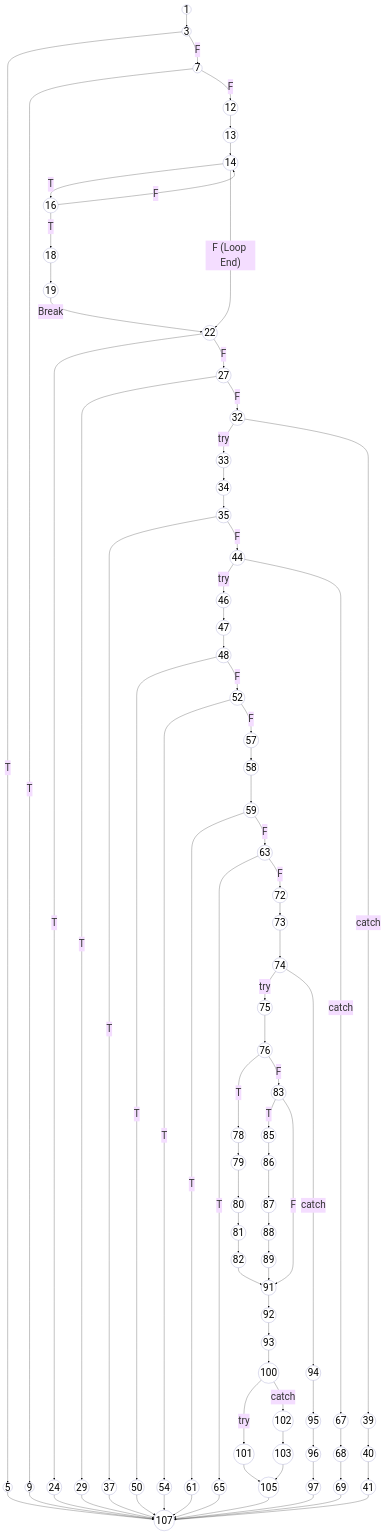
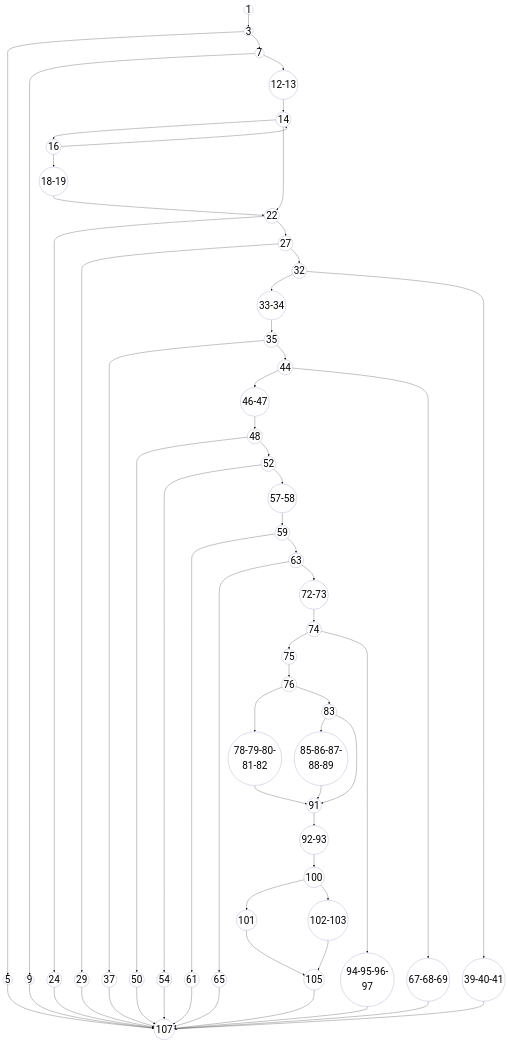
One commit to aryanhrc3428/Semester-5 changed the diagram in SE/ideathon/pseudocode/flowcharts/UC-14.mmd. Above: the diagram before and after it, drawn with Mermaid. The commit also changed 46 other files, not shown here.

```diff
--- a/SE/ideathon/pseudocode/flowcharts/UC-14.mmd
+++ b/SE/ideathon/pseudocode/flowcharts/UC-14.mmd
@@ -1,131 +1,102 @@
 ---
 config:
   theme: base
   themeVariables:
     fontSize: '40px'
 ---
 graph TD
     %% Base styling matching the reference CFG style
     classDef default fill:none,stroke:#a3a3d1,stroke-width:1.5px,color:#000;
     
     1((1)) --> 3((3))
     
-    3 -- T --> 5((5))
-    3 -- F --> 7((7))
+    3 --> 5((5))
+    3 --> 7((7))
     
-    7 -- T --> 9((9))
-    7 -- F --> 12((12))
+    7 --> 9((9))
+    7 --> 12-13((12-13))
     
-    12 --> 13((13))
-    13 --> 14((14))
+    12-13 --> 14((14))
     
-    14 -- T --> 16((16))
-    14 -- F (Loop End) --> 22((22))
+    14 --> 16((16))
+    14 --> 22((22))
     
-    16 -- T --> 18((18))
-    16 -- F --> 14
+    16 --> 18-19((18-19))
+    16 --> 14
     
-    18 --> 19((19))
+    18-19 --> 22
     
-    19 -- Break --> 22
+    22 --> 24((24))
+    22 --> 27((27))
     
-    22 -- T --> 24((24))
-    22 -- F --> 27((27))
+    27 --> 29((29))
+    27 --> 32((32))
     
-    27 -- T --> 29((29))
-    27 -- F --> 32((32))
+    32 --> 33-34((33-34))
+    32 --> 39-40-41((39-40-41))
     
-    32 -- try --> 33((33))
-    32 -- catch --> 39((39))
+    33-34 --> 35((35))
     
-    33 --> 34((34))
-    34 --> 35((35))
+    35 --> 37((37))
+    35 --> 44((44))
     
-    35 -- T --> 37((37))
-    35 -- F --> 44((44))
+    44 --> 46-47((46-47))
+    44 --> 67-68-69((67-68-69))
     
-    39 --> 40((40))
-    40 --> 41((41))
+    46-47 --> 48((48))
     
-    44 -- try --> 46((46))
-    44 -- catch --> 67((67))
+    48 --> 50((50))
+    48 --> 52((52))
     
-    46 --> 47((47))
-    47 --> 48((48))
+    52 --> 54((54))
+    52 --> 57-58((57-58))
     
-    48 -- T --> 50((50))
-    48 -- F --> 52((52))
+    57-58 --> 59((59))
     
-    52 -- T --> 54((54))
-    52 -- F --> 57((57))
+    59 --> 61((61))
+    59 --> 63((63))
     
-    57 --> 58((58))
-    58 --> 59((59))
+    63 --> 65((65))
+    63 --> 72-73((72-73))
     
-    59 -- T --> 61((61))
-    59 -- F --> 63((63))
+    72-73 --> 74((74))
     
-    63 -- T --> 65((65))
-    63 -- F --> 72((72))
-    
-    67 --> 68((68))
-    68 --> 69((69))
-    
-    72 --> 73((73))
-    73 --> 74((74))
-    
-    74 -- try --> 75((75))
-    74 -- catch --> 94((94))
+    74 --> 75((75))
+    74 --> 94-95-96-97((94-95-96-97))
     
     75 --> 76((76))
     
-    76 -- T --> 78((78))
-    76 -- F --> 83((83))
+    76 --> 78-79-80-81-82((78-79-80-81-82))
+    76 --> 83((83))
     
-    78 --> 79((79))
-    79 --> 80((80))
-    80 --> 81((81))
-    81 --> 82((82))
+    78-79-80-81-82 --> 91((91))
     
-    82 --> 91((91))
+    83 --> 85-86-87-88-89((85-86-87-88-89))
+    83 --> 91
     
-    83 -- T --> 85((85))
-    83 -- F --> 91
+    85-86-87-88-89 --> 91
     
-    85 --> 86((86))
-    86 --> 87((87))
-    87 --> 88((88))
-    88 --> 89((89))
+    91 --> 92-93((92-93))
+    92-93 --> 100((100))
     
-    89 --> 91
-    
-    91 --> 92((92))
-    92 --> 93((93))
-    93 --> 100((100))
-    
-    94 --> 95((95))
-    95 --> 96((96))
-    96 --> 97((97))
-    
-    100 -- try --> 101((101))
-    100 -- catch --> 102((102))
+    100 --> 101((101))
+    100 --> 102-103((102-103))
     
     101 --> 105((105))
     
-    102 --> 103((103))
-    103 --> 105
+    102-103 --> 105
     
     %% Terminal error returns and catches syncing to the final end node (107)
     5 --> 107((107))
     9 --> 107
     24 --> 107
     29 --> 107
     37 --> 107
-    41 --> 107
+    39-40-41 --> 107
     50 --> 107
     54 --> 107
     61 --> 107
     65 --> 107
-    69 --> 107
-    97 --> 107
+    67-68-69 --> 107
+    94-95-96-97 --> 107
     105 --> 107
```
